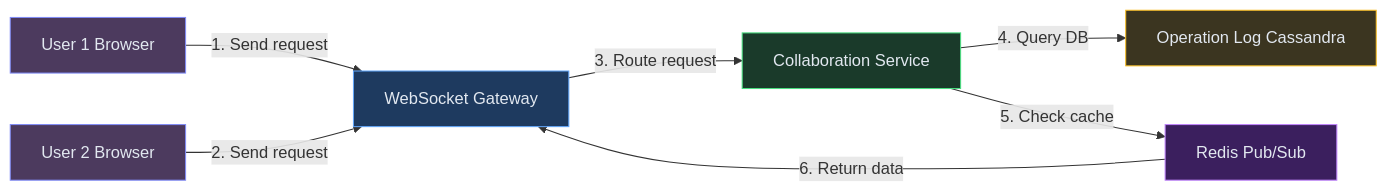
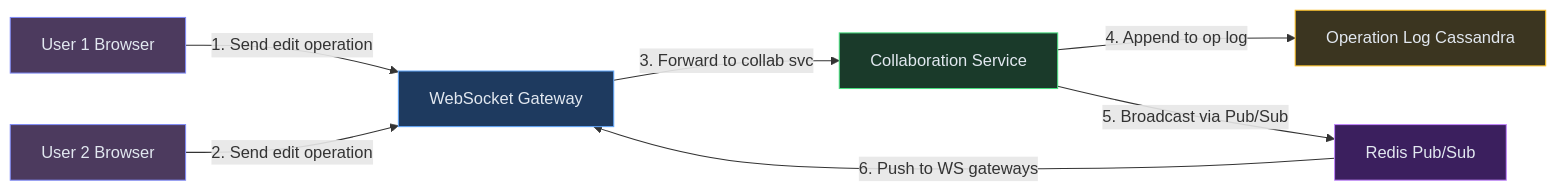
One commit to iluzn/HLD-Designs changed the second of 11 diagrams in content/hld/GoogleDocs.md. Above: the diagram before and after it, drawn with Mermaid. The commit also changed other lines of this file and 27 other files, not shown here.

````diff
--- a/content/hld/GoogleDocs.md
+++ b/content/hld/GoogleDocs.md
@@ -199,22 +199,22 @@
 ```mermaid
 flowchart LR
     U1["User 1 Browser"]:::client
     U2["User 2 Browser"]:::client
     WSG["WebSocket Gateway"]:::edge
     CS["Collaboration Service"]:::service
     OL["Operation Log Cassandra"]:::data
     RPS["Redis Pub/Sub"]:::async
 
-    U1 -->|"1. Send request"| WSG
-    U2 -->|"2. Send request"| WSG
-    WSG -->|"3. Route request"| CS
-    CS -->|"4. Query DB"| OL
-    CS -->|"5. Check cache"| RPS
-    RPS -->|"6. Return data"| WSG
+    U1 -->|"1. Send edit operation"| WSG
+    U2 -->|"2. Send edit operation"| WSG
+    WSG -->|"3. Forward to collab svc"| CS
+    CS -->|"4. Append to op log"| OL
+    CS -->|"5. Broadcast via Pub/Sub"| RPS
+    RPS -->|"6. Push to WS gateways"| WSG
 
     classDef client fill:#4c3a5e,stroke:#818cf8,color:#e2e8f0
     classDef edge fill:#1e3a5f,stroke:#60a5fa,color:#e2e8f0
     classDef service fill:#1a3a2a,stroke:#4ade80,color:#e2e8f0
     classDef data fill:#3b3520,stroke:#fbbf24,color:#e2e8f0
     classDef async fill:#3b1f5e,stroke:#c084fc,color:#e2e8f0
 ```
````
